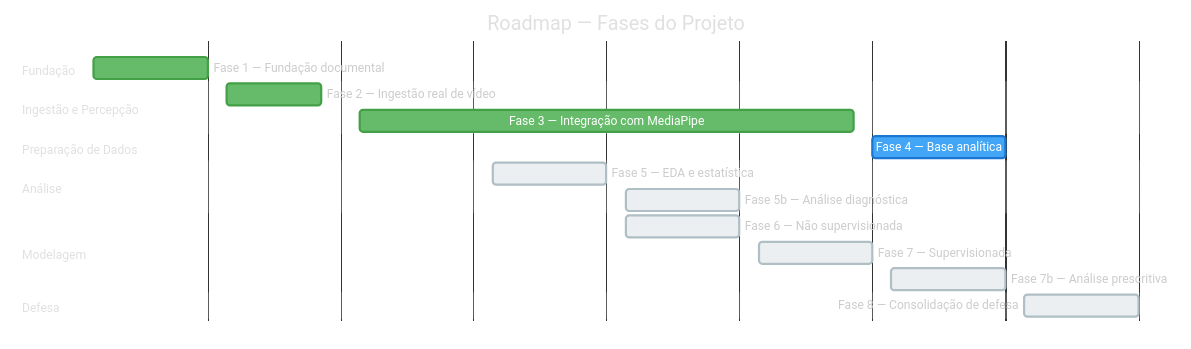
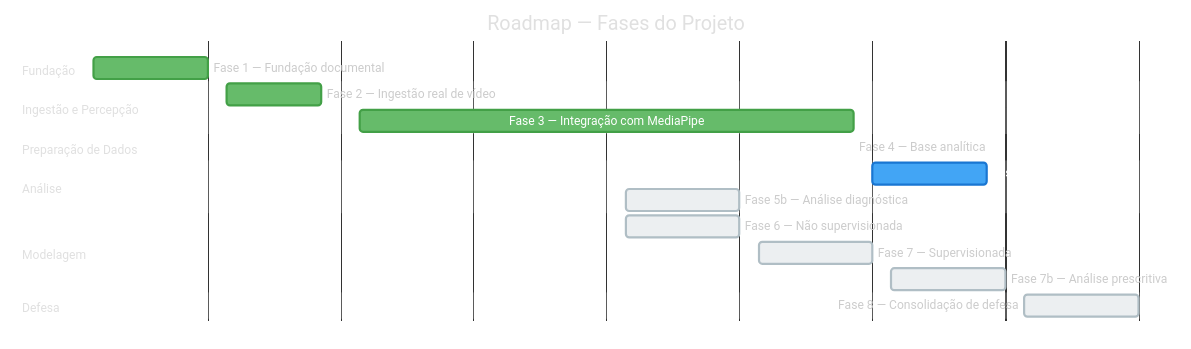
One commit to especializacao-ia-pucsp/mediapipe-seguranca changed the first of 2 diagrams in docs/ROADMAP.md. Above: the diagram before and after it, drawn with Mermaid. The commit also changed other lines of this file and 10 other files, not shown here.

First line of the commit message:
feat: Implement feature engineering for Fase 4 and build processed base

````diff
--- a/docs/ROADMAP.md
+++ b/docs/ROADMAP.md
@@ -43,50 +46,50 @@
 ```mermaid
 %%{init: {'theme': 'base', 'themeVariables': {
     'primaryColor': '#42A5F5',
     'primaryTextColor': '#fff',
     'primaryBorderColor': '#1976D2',
     'secondaryColor': '#B0BEC5',
     'tertiaryColor': '#E0E0E0',
     'doneTaskBkgColor': '#66BB6A',
     'doneTaskBorderColor': '#43A047',
     'activeTaskBkgColor': '#42A5F5',
     'activeTaskBorderColor': '#1976D2',
     'taskBkgColor': '#ECEFF1',
     'taskBorderColor': '#B0BEC5',
     'taskTextColor': '#333',
     'taskTextDarkColor': '#fff',
     'taskTextOutsideColor': '#ccc',
     'sectionBkgColor': 'transparent',
     'sectionBkgColor2': 'transparent',
     'gridColor': '#616161',
     'todayLineColor': '#F44336',
     'titleColor': '#E0E0E0',
     'fontFamily': 'sans-serif'
 }}}%%
 gantt
     title Roadmap — Fases do Projeto
     dateFormat YYYY-MM-DD
     axisFormat %b/%y
 
     section Fundação
     Fase 1 — Fundação documental      :done,    f1, 2026-03-16, 2026-03-22
 
     section Ingestão e Percepção
     Fase 2 — Ingestão real de vídeo    :done,    f2, 2026-03-23, 2026-03-28
     Fase 3 — Integração com MediaPipe  :done,    f3, 2026-03-30, 2026-04-25
 
     section Preparação de Dados
-    Fase 4 — Base analítica            :active,  f4, 2026-04-26, 2026-05-03
+    Fase 4 — Base analítica            :done,    f4, 2026-04-26, 2026-04-25
 
     section Análise
-    Fase 5 — EDA e estatística         :         f5, 2026-04-06, 2026-04-12
+    Fase 5 — EDA e estatística         :active,  f5, 2026-04-26, 2026-05-02
     Fase 5b — Análise diagnóstica      :         f5b, 2026-04-13, 2026-04-19
 
     section Modelagem
     Fase 6 — Não supervisionada        :         f6, 2026-04-13, 2026-04-19
     Fase 7 — Supervisionada            :         f7, 2026-04-20, 2026-04-26
     Fase 7b — Análise prescritiva      :         f7b, 2026-04-27, 2026-05-03
 
     section Defesa
     Fase 8 — Consolidação de defesa    :         f8, 2026-05-04, 2026-05-10
 ```
````
